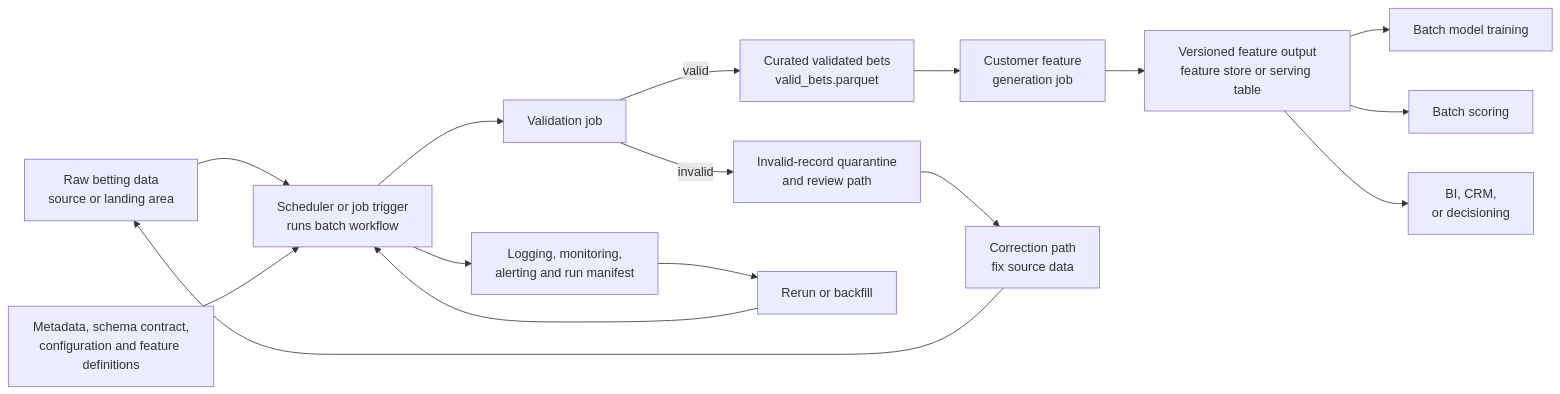
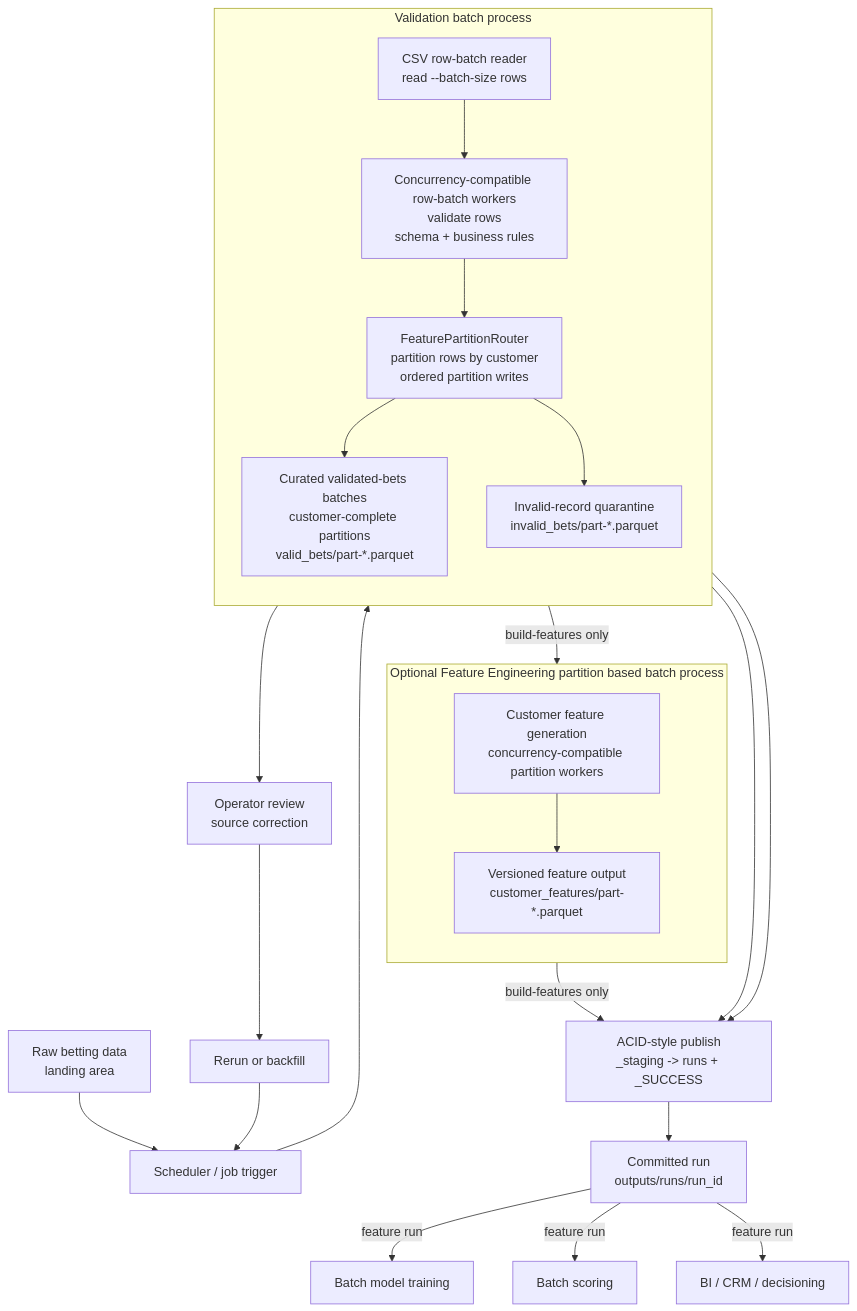
One commit to diyang/entain-case-test changed the diagram in docs/architecture.md. Above: the diagram before and after it, drawn with Mermaid. The commit also changed other lines of this file and 14 other files, not shown here.

````diff
--- a/docs/architecture.md
+++ b/docs/architecture.md
@@ -3,22 +5,44 @@
 ```mermaid
-flowchart LR
-    A[Raw betting data<br/>source or landing area] --> B[Scheduler or job trigger<br/>runs batch workflow]
-    C[Metadata, schema contract,<br/>configuration and feature definitions] --> B
+flowchart TD
+    raw["Raw betting data<br/>landing area"]
+    trigger["Scheduler / job trigger"]
 
-    B --> D[Validation job]
-    D -->|valid| E[Curated validated bets<br/>valid_bets.parquet]
-    D -->|invalid| F[Invalid-record quarantine<br/>and review path]
+    subgraph validation_batch["Validation batch process"]
+        direction TD
+        scan["CSV row-batch reader<br/>read --batch-size rows"]
+        workers["Concurrency-compatible row-batch workers<br/>validate rows<br/>schema + business rules"]
+        router["FeaturePartitionRouter<br/>partition rows by customer<br/>ordered partition writes"]
+        valid["Curated validated-bets batches<br/>customer-complete partitions<br/>valid_bets/part-*.parquet"]
+        invalid["Invalid-record quarantine<br/>invalid_bets/part-*.parquet"]
 
-    E --> G[Customer feature<br/>generation job]
-    G --> H[Versioned feature output<br/>feature store or serving table]
+        scan --> workers --> router
+        router --> valid
+        router --> invalid
+    end
 
-    H --> I[Batch model training]
-    H --> J[Batch scoring]
-    H --> K[BI, CRM,<br/>or decisioning]
+    subgraph feature_engineering["Optional Feature Engineering partition based batch process"]
+        direction TD
+        feature["Customer feature generation<br/>concurrency-compatible partition workers"]
+        output["Versioned feature output<br/>customer_features/part-*.parquet"]
 
-    B --> L[Logging, monitoring,<br/>alerting and run manifest]
-    F --> M[Correction path<br/>fix source data]
-    M --> A
-    L --> N[Rerun or backfill]
-    N --> B
+        feature --> output
+    end
+
+    publish["ACID-style publish<br/>_staging -> runs + _SUCCESS"]
+    run["Committed run<br/>outputs/runs/run_id"]
+
+    raw --> trigger --> scan
+    valid --> publish
+    invalid --> publish
+    valid -- "build-features only" --> feature
+    output -- "build-features only" --> publish
+    publish --> run
+
+    review["Operator review<br/>source correction"]
+    rerun["Rerun or backfill"]
+    invalid --> review --> rerun --> trigger
+
+    run -- "feature run" --> training["Batch model training"]
+    run -- "feature run" --> scoring["Batch scoring"]
+    run -- "feature run" --> analytics["BI / CRM / decisioning"]
 ```
````
